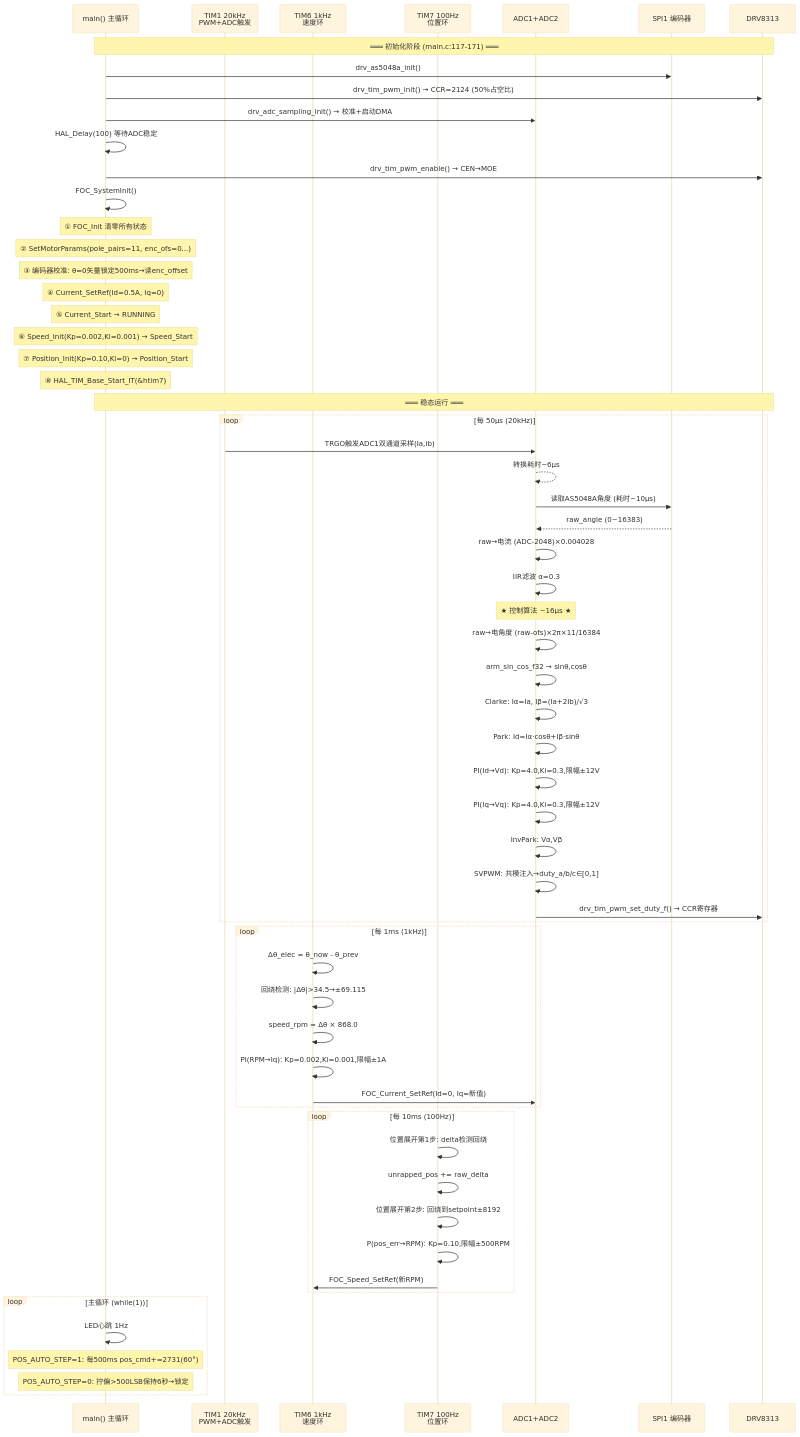
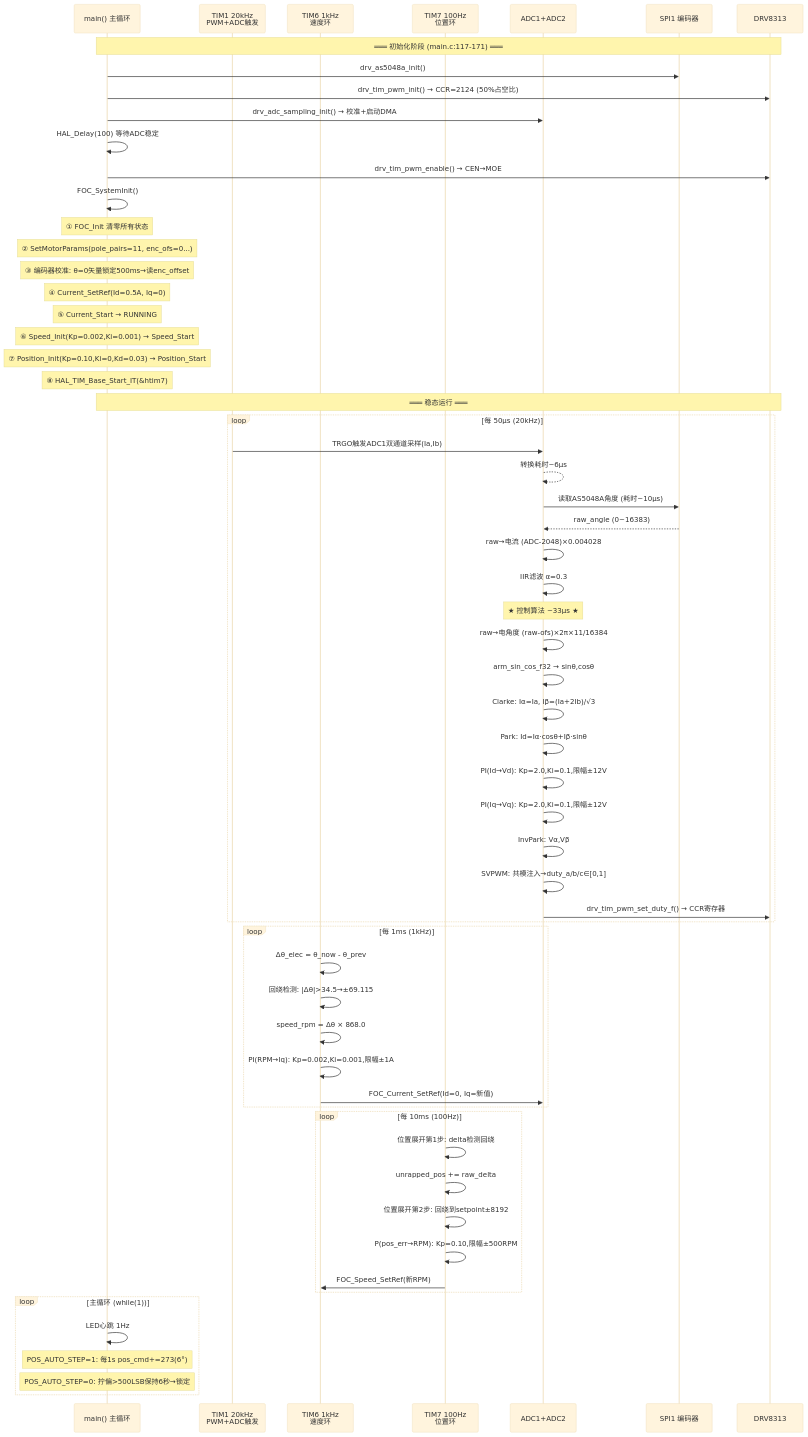
The first of 9 diagrams in document/FOC_项目深度复盘.md (HeyandBye/STM32G431CBU6_MMSD), drawn with Mermaid (base theme) before and after one commit. The commit also changed other lines of this file and 3 other files, not shown here.

````diff
--- a/document/FOC_项目深度复盘.md
+++ b/document/FOC_项目深度复盘.md
@@ -23,70 +23,70 @@
 ```mermaid
 sequenceDiagram
     participant CPU as main() 主循环
     participant T1 as TIM1 20kHz<br/>PWM+ADC触发
     participant T6 as TIM6 1kHz<br/>速度环
     participant T7 as TIM7 100Hz<br/>位置环
     participant ADC as ADC1+ADC2
     participant SPI as SPI1 编码器
     participant PWM as DRV8313
 
     Note over CPU,PWM: ═══ 初始化阶段 (main.c:117-171) ═══
 
     CPU->>SPI: drv_as5048a_init()
     CPU->>PWM: drv_tim_pwm_init() → CCR=2124 (50%占空比)
     CPU->>ADC: drv_adc_sampling_init() → 校准+启动DMA
     CPU->>CPU: HAL_Delay(100) 等待ADC稳定
     CPU->>PWM: drv_tim_pwm_enable() → CEN→MOE
     CPU->>CPU: FOC_SystemInit()
     Note over CPU: ① FOC_Init 清零所有状态
     Note over CPU: ② SetMotorParams(pole_pairs=11, enc_ofs=0...)
     Note over CPU: ③ 编码器校准: θ=0矢量锁定500ms→读enc_offset
     Note over CPU: ④ Current_SetRef(Id=0.5A, Iq=0)
     Note over CPU: ⑤ Current_Start → RUNNING
     Note over CPU: ⑥ Speed_Init(Kp=0.002,Ki=0.001) → Speed_Start
-    Note over CPU: ⑦ Position_Init(Kp=0.10,Ki=0) → Position_Start
+    Note over CPU: ⑦ Position_Init(Kp=0.10,Ki=0,Kd=0.03) → Position_Start
     Note over CPU: ⑧ HAL_TIM_Base_Start_IT(&htim7)
 
     Note over CPU,PWM: ═══ 稳态运行 ═══
 
     loop 每 50µs (20kHz)
         T1->>ADC: TRGO触发ADC1双通道采样(Ia,Ib)
         ADC-->>ADC: 转换耗时~6µs
         ADC->>SPI: 读取AS5048A角度 (耗时~10µs)
         SPI-->>ADC: raw_angle (0~16383)
         ADC->>ADC: raw→电流 (ADC-2048)×0.004028
         ADC->>ADC: IIR滤波 α=0.3
-        Note over ADC: ★ 控制算法 ~16µs ★
+        Note over ADC: ★ 控制算法 ~33µs ★
         ADC->>ADC: raw→电角度 (raw-ofs)×2π×11/16384
         ADC->>ADC: arm_sin_cos_f32 → sinθ,cosθ
         ADC->>ADC: Clarke: Iα=Ia, Iβ=(Ia+2Ib)/√3
         ADC->>ADC: Park: Id=Iα·cosθ+Iβ·sinθ
-        ADC->>ADC: PI(Id→Vd): Kp=4.0,Ki=0.3,限幅±12V
-        ADC->>ADC: PI(Iq→Vq): Kp=4.0,Ki=0.3,限幅±12V
+        ADC->>ADC: PI(Id→Vd): Kp=2.0,Ki=0.1,限幅±12V
+        ADC->>ADC: PI(Iq→Vq): Kp=2.0,Ki=0.1,限幅±12V
         ADC->>ADC: InvPark: Vα,Vβ
         ADC->>ADC: SVPWM: 共模注入→duty_a/b/c∈[0,1]
         ADC->>PWM: drv_tim_pwm_set_duty_f() → CCR寄存器
     end
 
     loop 每 1ms (1kHz)
         T6->>T6: Δθ_elec = θ_now - θ_prev
         T6->>T6: 回绕检测: |Δθ|>34.5→±69.115
         T6->>T6: speed_rpm = Δθ × 868.0
         T6->>T6: PI(RPM→Iq): Kp=0.002,Ki=0.001,限幅±1A
         T6->>ADC: FOC_Current_SetRef(Id=0, Iq=新值)
     end
 
     loop 每 10ms (100Hz)
         T7->>T7: 位置展开第1步: delta检测回绕
         T7->>T7: unrapped_pos += raw_delta
         T7->>T7: 位置展开第2步: 回绕到setpoint±8192
         T7->>T7: P(pos_err→RPM): Kp=0.10,限幅±500RPM
         T7->>T6: FOC_Speed_SetRef(新RPM)
     end
 
     loop 主循环 (while(1))
         CPU->>CPU: LED心跳 1Hz
-        Note over CPU: POS_AUTO_STEP=1: 每500ms pos_cmd+=2731(60°)
+        Note over CPU: POS_AUTO_STEP=1: 每1s pos_cmd+=273(6°)
         Note over CPU: POS_AUTO_STEP=0: 拧偏>500LSB保持6秒→锁定
     end
 ```
````
